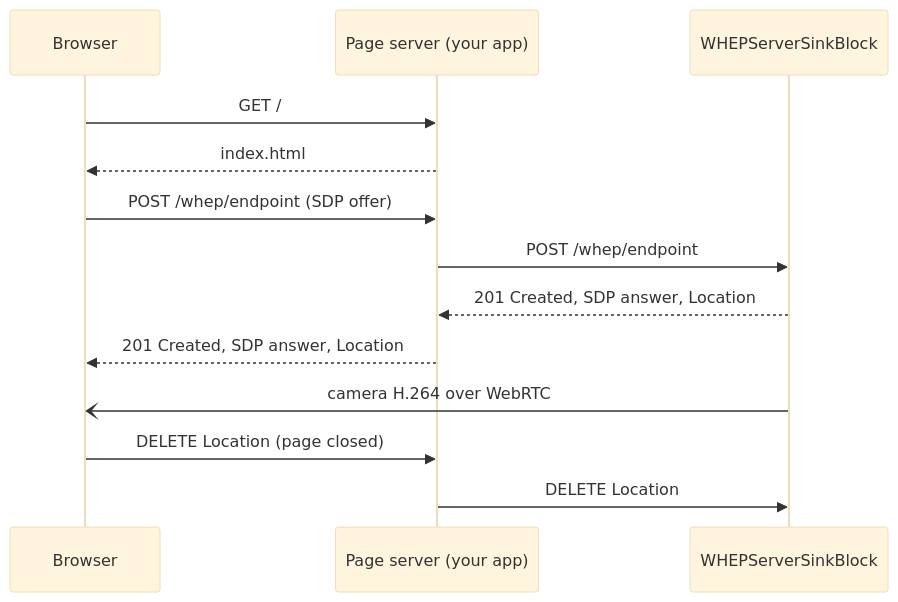
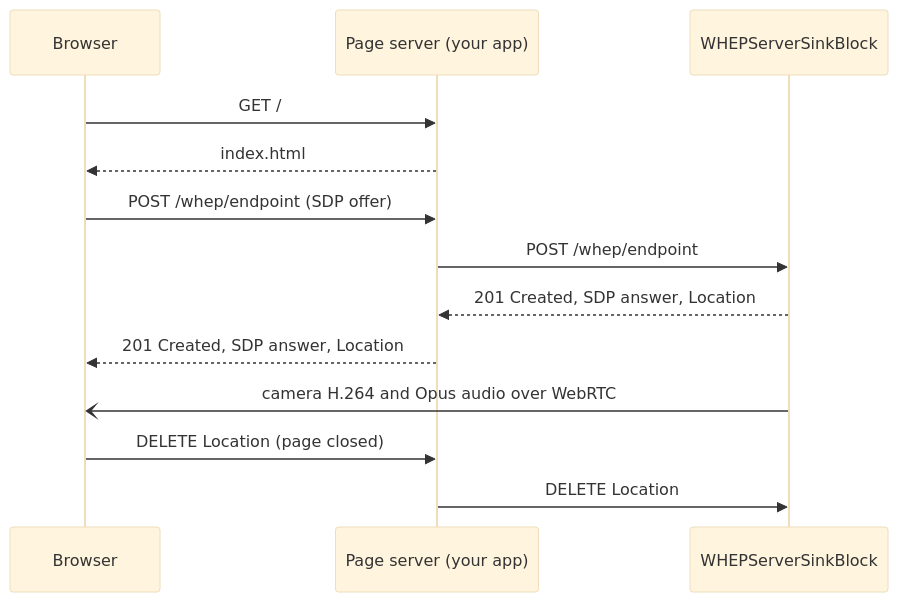
The second of 3 diagrams in dotnet/mediablocks/Guides/rtsp-cameras-in-browser-whep.md (visioforge/help), drawn with Mermaid (base theme) before and after one commit. The commit also changed other lines of this file and 27 other files, not shown here.

````diff
--- a/dotnet/mediablocks/Guides/rtsp-cameras-in-browser-whep.md
+++ b/dotnet/mediablocks/Guides/rtsp-cameras-in-browser-whep.md
@@ -97,15 +101,15 @@
 ```mermaid
 sequenceDiagram
     participant Browser
     participant Page as Page server (your app)
     participant WHEPServerSinkBlock
     Browser->>Page: GET /
     Page-->>Browser: index.html
     Browser->>Page: POST /whep/endpoint (SDP offer)
     Page->>WHEPServerSinkBlock: POST /whep/endpoint
     WHEPServerSinkBlock-->>Page: 201 Created, SDP answer, Location
     Page-->>Browser: 201 Created, SDP answer, Location
-    WHEPServerSinkBlock-)Browser: camera H.264 over WebRTC
+    WHEPServerSinkBlock-)Browser: camera H.264 and Opus audio over WebRTC
     Browser->>Page: DELETE Location (page closed)
     Page->>WHEPServerSinkBlock: DELETE Location
 ```
````
